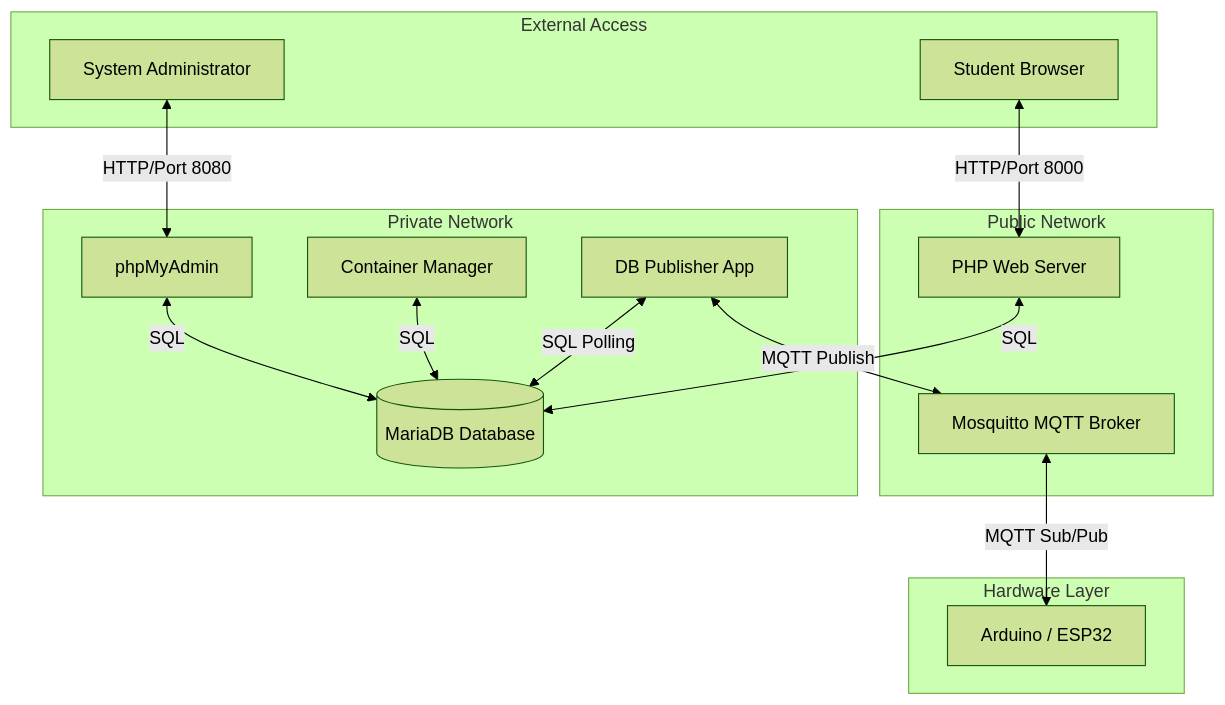
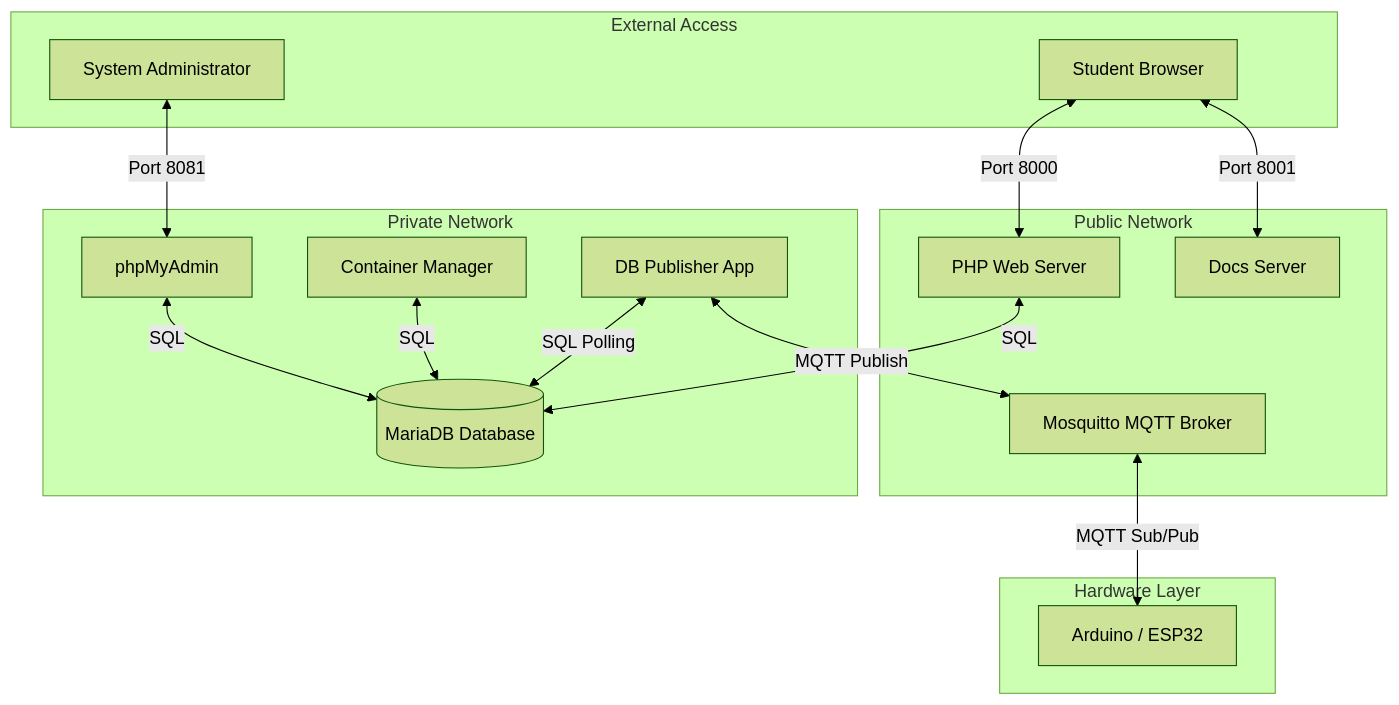
The diagram in _Networking and Cybersecurity/3 - Designing & Securing Enterprise Networks/_projects/ISB/Project Breakdown.md (Lake-Tuggeranong-College/Holocron), drawn with Mermaid (forest theme) before and after one commit. The commit also changed other lines of this file, not shown here.

````diff
--- a/_Networking and Cybersecurity/3 - Designing & Securing Enterprise Networks/_projects/ISB/Project Breakdown.md
+++ b/_Networking and Cybersecurity/3 - Designing & Securing Enterprise Networks/_projects/ISB/Project Breakdown.md
@@ -44,33 +44,35 @@
 ```mermaid
 graph TD
     subgraph External_Users [External Access]
         User[Student Browser]
         Admin[System Administrator]
     end
 
     subgraph Internet_Public_Net [Public Network]
         PHP[PHP Web Server]
         MQTT[Mosquitto MQTT Broker]
+        DOCS[Docs Server]
     end
 
     subgraph Private_Backend_Net [Private Network]
         DB[(MariaDB Database)]
         Pub[DB Publisher App]
         PMA[phpMyAdmin]
         CM[Container Manager]
     end
 
     subgraph Physical_Hardware [Hardware Layer]
         IoT[Arduino / ESP32]
     end
 
     %% Connections
-    User <-->|HTTP/Port 8000| PHP
-    Admin <-->|HTTP/Port 8080| PMA
+    User <-->|Port 8000| PHP
+    User <-->|Port 8001| DOCS
+    Admin <-->|Port 8081| PMA
     PHP <-->|SQL| DB
     PMA <-->|SQL| DB
     CM <-->|SQL| DB
     Pub <-->|SQL Polling| DB
     Pub <-->|MQTT Publish| MQTT
     MQTT <-->|MQTT Sub/Pub| IoT
 ```
````
